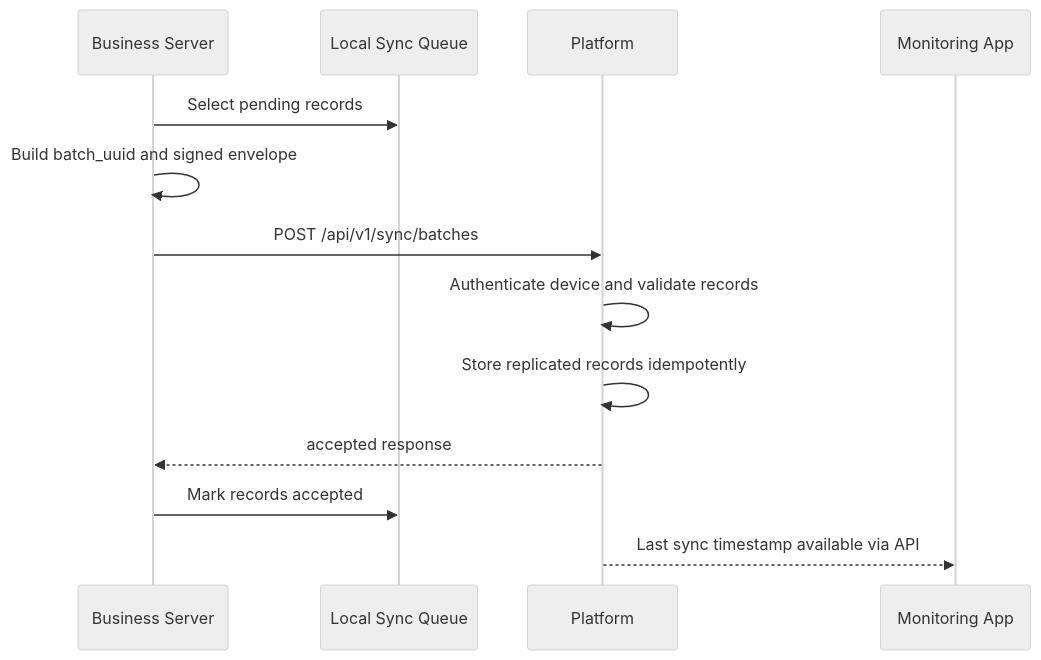
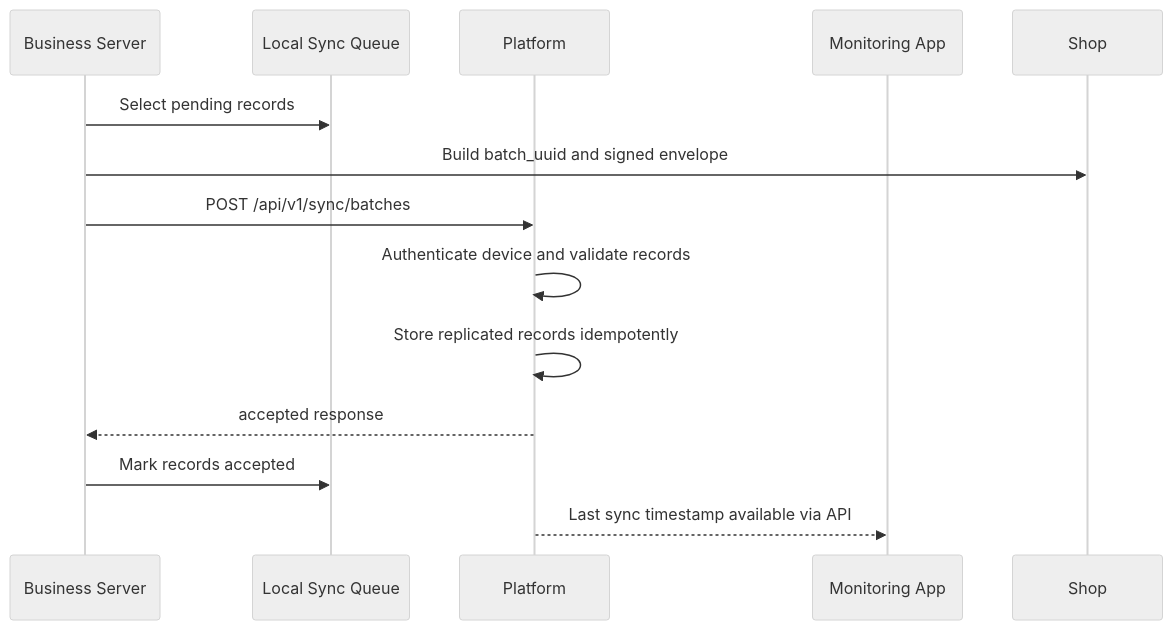
The first of 2 diagrams in docs/synchronization/protocol.md (labboisah/marketlens), drawn with Mermaid (neutral theme) before and after one commit. The commit also changed other lines of this file and 575 other files, not shown here.

````diff
--- a/docs/synchronization/protocol.md
+++ b/docs/synchronization/protocol.md
@@ -204,16 +204,16 @@
 ```mermaid
 sequenceDiagram
-    participant Shop as Business Server
+    participant Server as Business Server
     participant Queue as Local Sync Queue
     participant Platform as Platform
     participant Monitor as Monitoring App
 
-    Shop->>Queue: Select pending records
-    Shop->>Shop: Build batch_uuid and signed envelope
-    Shop->>Platform: POST /api/v1/sync/batches
+    Server->>Queue: Select pending records
+    Server->>Shop: Build batch_uuid and signed envelope
+    Server->>Platform: POST /api/v1/sync/batches
     Platform->>Platform: Authenticate device and validate records
     Platform->>Platform: Store replicated records idempotently
-    Platform-->>Shop: accepted response
-    Shop->>Queue: Mark records accepted
+    Platform-->>Server: accepted response
+    Server->>Queue: Mark records accepted
     Platform-->>Monitor: Last sync timestamp available via API
 ```
````
